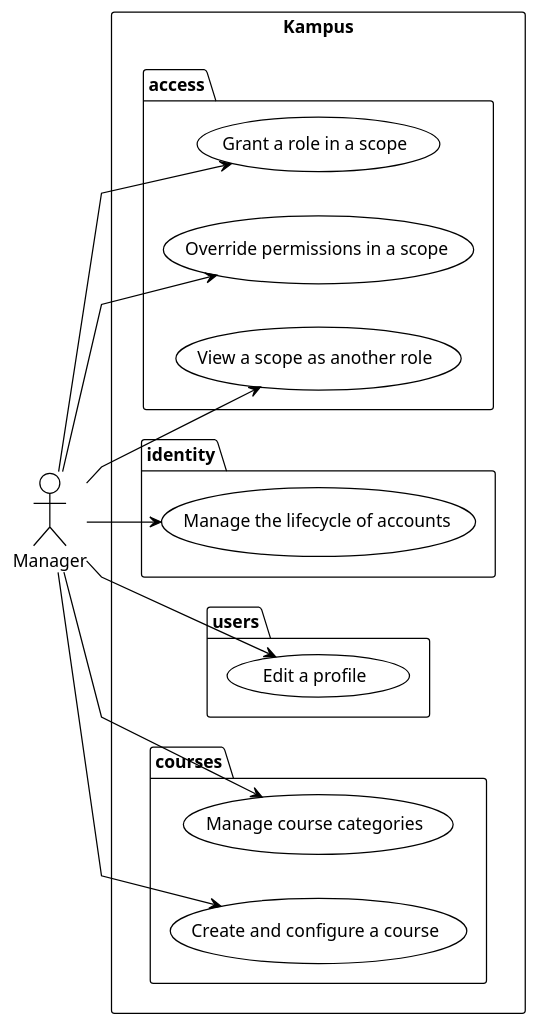
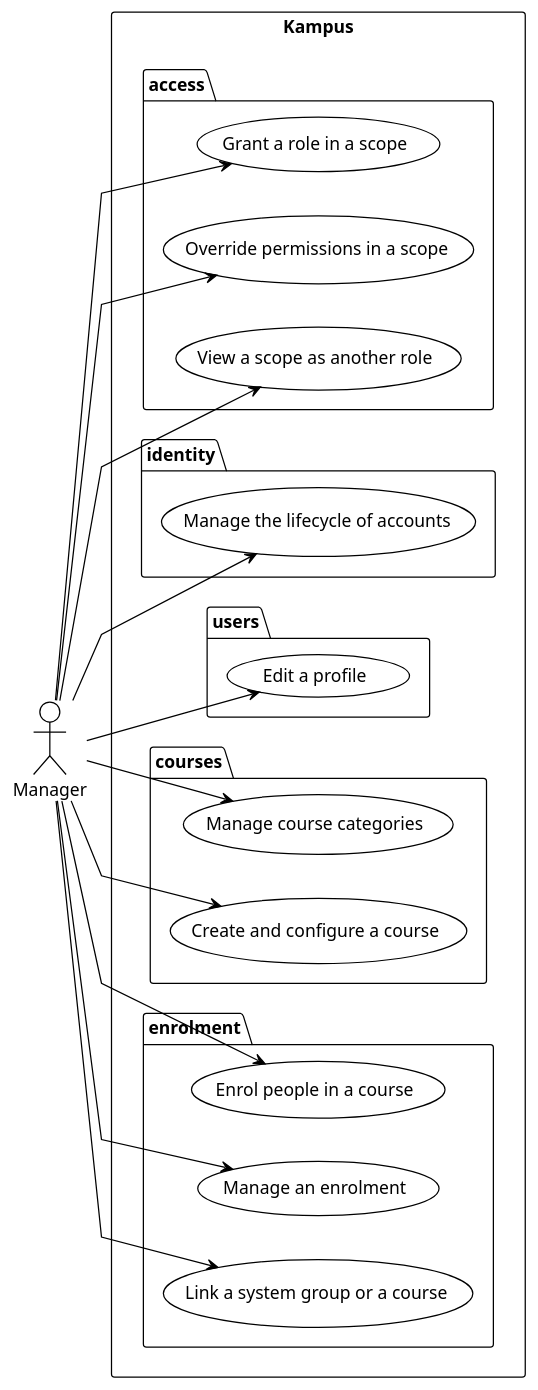
Before and after one commit to didactika/kampus: the diagram in docs/01-requirements/use-cases-manager.puml, drawn with PlantUML. The commit also changed 86 other files, not shown here.

```diff
--- a/docs/01-requirements/use-cases-manager.puml
+++ b/docs/01-requirements/use-cases-manager.puml
@@ -1,34 +1,42 @@
 @startuml
 !theme plain
 skinparam linetype polyline
 left to right direction
 
 actor "Manager" as A_Manager
 
 rectangle "Kampus" {
   package "access" {
     usecase "Grant a role in a scope" as UC_grantRole
     usecase "Override permissions in a scope" as UC_overridePermission
     usecase "View a scope as another role" as UC_viewAsRole
   }
   package "identity" {
     usecase "Manage the lifecycle of accounts" as UC_manageAccountLifecycle
   }
   package "users" {
     usecase "Edit a profile" as UC_editProfile
   }
   package "courses" {
     usecase "Manage course categories" as UC_manageCategories
     usecase "Create and configure a course" as UC_createCourse
   }
+  package "enrolment" {
+    usecase "Enrol people in a course" as UC_enrolPeople
+    usecase "Manage an enrolment" as UC_manageEnrolment
+    usecase "Link a system group or a course" as UC_linkEnrolmentSource
+  }
 }
 
 A_Manager --> UC_grantRole
 A_Manager --> UC_overridePermission
 A_Manager --> UC_viewAsRole
 A_Manager --> UC_manageAccountLifecycle
 A_Manager --> UC_editProfile
 A_Manager --> UC_manageCategories
 A_Manager --> UC_createCourse
+A_Manager --> UC_enrolPeople
+A_Manager --> UC_manageEnrolment
+A_Manager --> UC_linkEnrolmentSource
 
 @enduml
```
